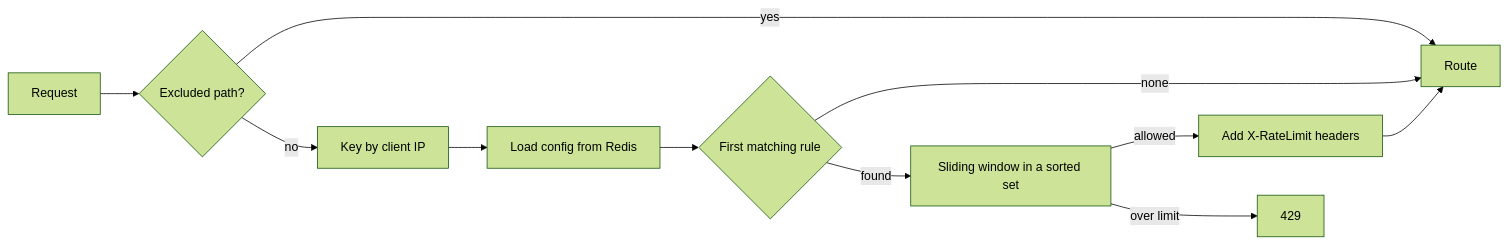
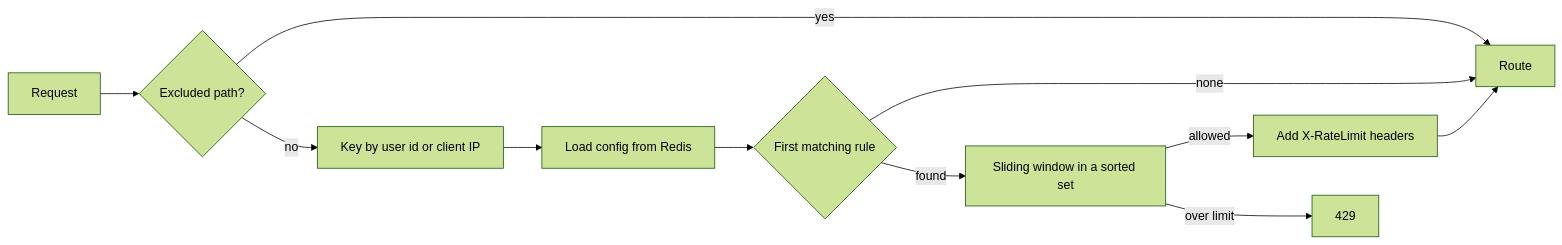
Before and after one commit to HardMax71/Integr8sCode: the diagram in docs/architecture/rate-limiting.md, drawn with Mermaid (forest theme). The commit also changed other lines of this file and 14 other files, not shown here.

````diff
--- a/docs/architecture/rate-limiting.md
+++ b/docs/architecture/rate-limiting.md
@@ -5,12 +5,12 @@
 ```mermaid
 flowchart LR
     REQ[Request] --> EX{Excluded path?}
     EX -->|yes| APP[Route]
-    EX -->|no| KEY[Key by client IP]
+    EX -->|no| KEY[Key by user id or client IP]
     KEY --> CFG[Load config from Redis]
     CFG --> RULE{First matching rule}
     RULE -->|none| APP
     RULE -->|found| SW[Sliding window in a sorted set]
     SW -->|allowed| HDR[Add X-RateLimit headers] --> APP
     SW -->|over limit| REJ[429]
 ```
````
